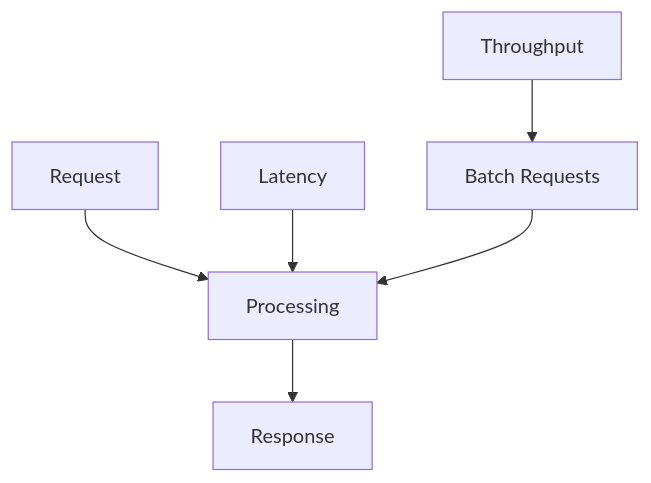
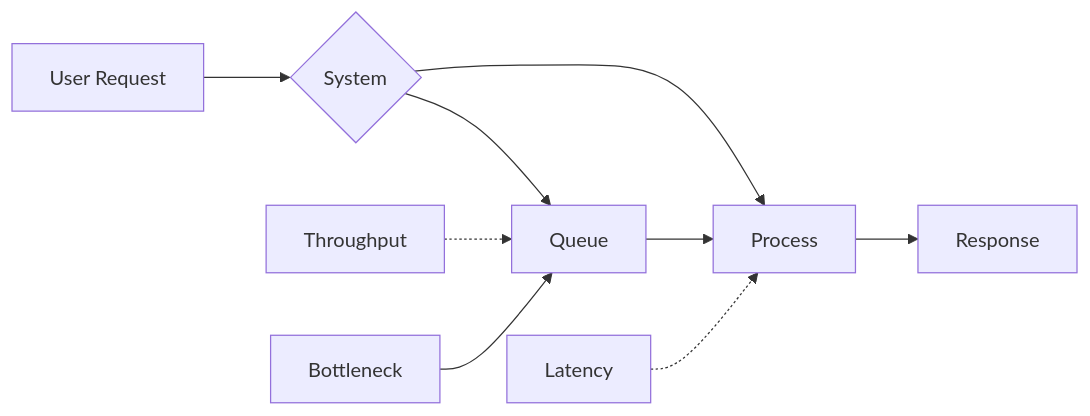
One commit to VrushankPatel/interview-matters changed the diagram in latency-and-throughput/README.md. Above: the diagram before and after it, drawn with Mermaid. The commit also changed other lines of this file and 2 other files, not shown here.

Commit message:
kb: add/update topics java-stream-api-and-functional-programming, url-shortener-system-design, netflix-system-design, proxy-forward-and-reverse, rate-limiting

````diff
--- a/latency-and-throughput/README.md
+++ b/latency-and-throughput/README.md
@@ -37,8 +62,11 @@
 ```mermaid
-graph TD
-    A[Request] --> B[Processing]
-    B --> C[Response]
-    D[Latency] --> B
-    E[Throughput] --> F[Batch Requests]
-    F --> B
+graph LR
+    A[User Request] --> B{System}
+    B --> C[Process]
+    C --> D[Response]
+    B --> E[Queue]
+    E --> C
+    F[Latency] -.-> C
+    G[Throughput] -.-> E
+    H[Bottleneck] --> E
 ```
````
